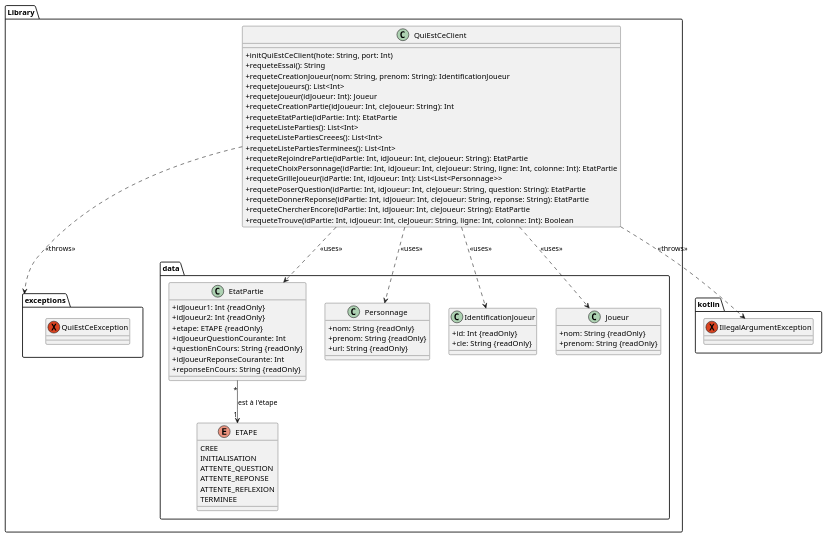
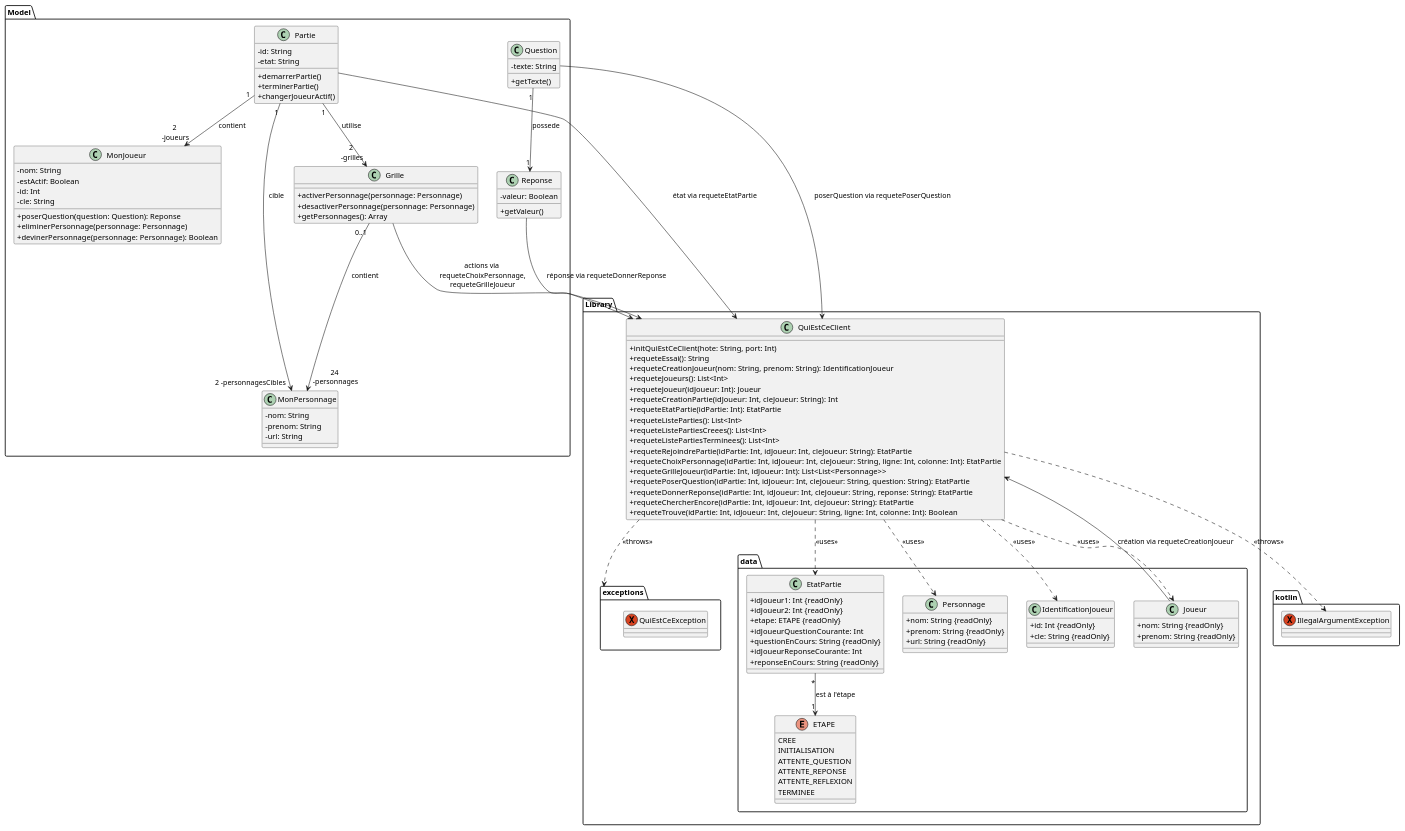
The diagram in documentation/ConceptionArchitecturale.puml (KoThek64/Jeu_Qui_Est_Ce), drawn with PlantUML before and after one commit.

Commit message:
diagramme Conception Architecturale complet

```diff
--- a/documentation/ConceptionArchitecturale.puml
+++ b/documentation/ConceptionArchitecturale.puml
@@ -1,93 +1,153 @@
 @startuml
 skinparam classAttributeIconSize 0
 
 package "Library" {
 
   class QuiEstCeClient {
     +initQuiEstCeClient(hote: String, port: Int)
     +requeteEssai(): String
     +requeteCreationJoueur(nom: String, prenom: String): IdentificationJoueur
     +requeteJoueurs(): List<Int>
     +requeteJoueur(idJoueur: Int): Joueur
     +requeteCreationPartie(idJoueur: Int, cleJoueur: String): Int
     +requeteEtatPartie(idPartie: Int): EtatPartie
     +requeteListeParties(): List<Int>
     +requeteListePartiesCreees(): List<Int>
     +requeteListePartiesTerminees(): List<Int>
     +requeteRejoindrePartie(idPartie: Int, idJoueur: Int, cleJoueur: String): EtatPartie
     +requeteChoixPersonnage(idPartie: Int, idJoueur: Int, cleJoueur: String, ligne: Int, colonne: Int): EtatPartie
     +requeteGrilleJoueur(idPartie: Int, idJoueur: Int): List<List<Personnage>>
     +requetePoserQuestion(idPartie: Int, idJoueur: Int, cleJoueur: String, question: String): EtatPartie
     +requeteDonnerReponse(idPartie: Int, idJoueur: Int, cleJoueur: String, reponse: String): EtatPartie
     +requeteChercherEncore(idPartie: Int, idJoueur: Int, cleJoueur: String): EtatPartie
     +requeteTrouve(idPartie: Int, idJoueur: Int, cleJoueur: String, ligne: Int, colonne: Int): Boolean
   }
 
   package "exceptions" {
 
         exception QuiEstCeException
 
     }
 
   package "data" {
 
         class EtatPartie {
             +idJoueur1: Int {readOnly}
             +idJoueur2: Int {readOnly}
             +etape: ETAPE {readOnly}
             +idJoueurQuestionCourante: Int
             +questionEnCours: String {readOnly}
             +idJoueurReponseCourante: Int
             +reponseEnCours: String {readOnly}
         }
 
         enum ETAPE {
             CREE
             INITIALISATION
             ATTENTE_QUESTION
             ATTENTE_REPONSE
             ATTENTE_REFLEXION
             TERMINEE
         }
 
         class Personnage {
             +nom: String {readOnly}
             +prenom: String {readOnly}
             +url: String {readOnly}
         }
 
         class IdentificationJoueur {
             +id: Int {readOnly}
             +cle: String {readOnly}
         }
 
         class Joueur {
             +nom: String {readOnly}
             +prenom: String {readOnly}
         }
 
     }
 
   ' Associations in Library
   QuiEstCeClient ..> exceptions : <<throws>>
   QuiEstCeClient ..> Joueur : <<uses>>
   QuiEstCeClient ..> EtatPartie : <<uses>>
   EtatPartie "*" --> "1" ETAPE : est à l'étape
   QuiEstCeClient ..> Personnage : <<uses>>
   QuiEstCeClient ..> IdentificationJoueur : <<uses>>
 
 
 }
 
 
 package kotlin {
 
     exception IllegalArgumentException
 
     QuiEstCeClient ..> IllegalArgumentException : <<throws>>
 
 }
 
 
+package Model {
+
+    class MonJoueur {
+    -nom: String
+    -estActif: Boolean
+    -id: Int
+    -cle: String
+    +poserQuestion(question: Question): Reponse
+    +eliminerPersonnage(personnage: Personnage)
+    +devinerPersonnage(personnage: Personnage): Boolean
+  }
+
+  class Partie {
+    -id: String
+    -etat: String
+    +demarrerPartie()
+    +terminerPartie()
+    +changerJoueurActif()
+  }
+
+  class Grille {
+    +activerPersonnage(personnage: Personnage)
+    +desactiverPersonnage(personnage: Personnage)
+    +getPersonnages(): Array
+  }
+
+  class MonPersonnage {
+    -nom: String
+    -prenom: String
+    -url: String
+  }
+
+  class Question {
+    -texte: String
+    +getTexte()
+  }
+
+  class Reponse {
+    -valeur: Boolean
+    +getValeur()
+  }
+
+  ' Associations in Model
+  Partie "1" --> "2\n -joueurs" MonJoueur : contient
+  'MonJoueur "1" --> "0..*" Question : pose
+  Question "1" --> "1" Reponse : possede
+  Partie "1" --> "2\n -grilles" Grille : utilise
+  Grille "0..1" --> "24\n -personnages" MonPersonnage : contient
+  Partie "1" --> "2 -personnagesCibles" MonPersonnage : cible
+
+}
+
+' Associations out Model
+Partie --> QuiEstCeClient : état via requeteEtatPartie
+Joueur --> QuiEstCeClient : création via requeteCreationJoueur
+Grille --> QuiEstCeClient : actions via\n requeteChoixPersonnage,\n requeteGrilleJoueur
+Question --> QuiEstCeClient : poserQuestion via requetePoserQuestion
+Reponse --> QuiEstCeClient : réponse via requeteDonnerReponse
+
+
 
 @enduml
```
